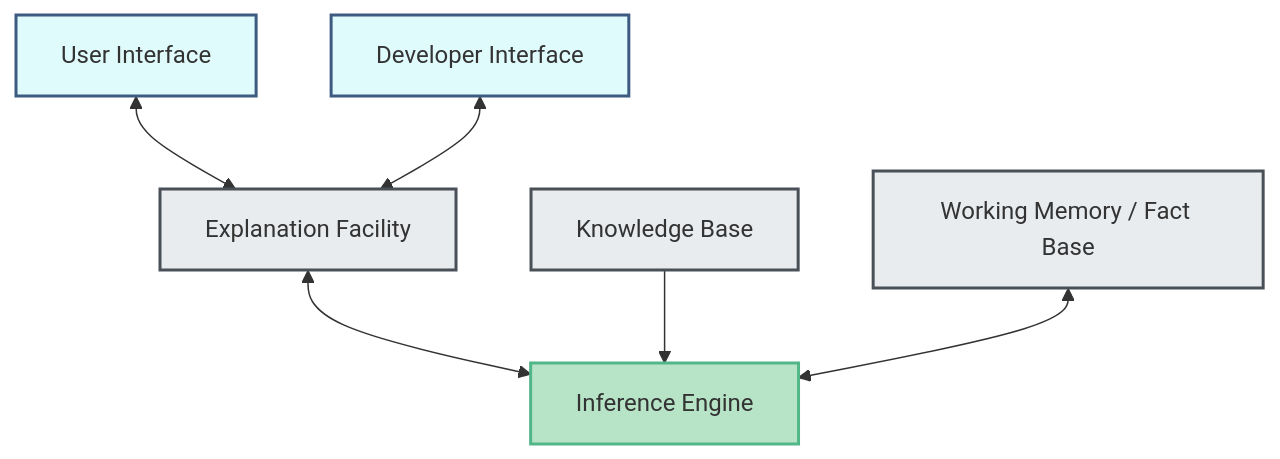
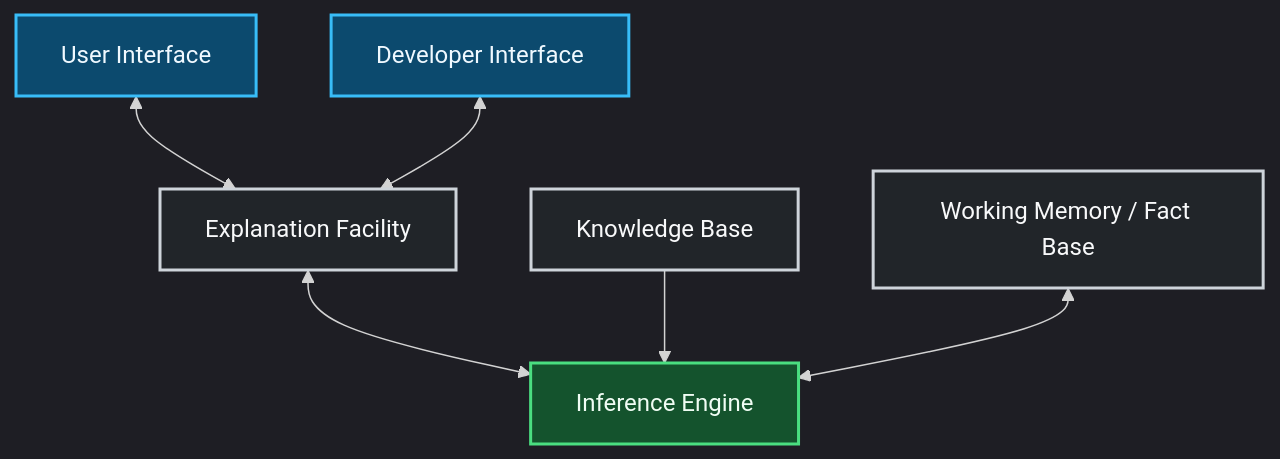
The first of 2 diagrams in AI-ML/Lec 03 - Expert Systems and Ontologies (Simplified).md (dulithdivisekara/SLIIT-Y2S1-vault), drawn with Mermaid before and after one commit. The commit also changed other lines of this file, not shown here.

Commit message:
Refactor expert system architecture and ontology sections

````diff
--- a/AI-ML/Lec 03 - Expert Systems and Ontologies (Simplified).md
+++ b/AI-ML/Lec 03 - Expert Systems and Ontologies (Simplified).md
@@ -53,12 +53,14 @@
 ```mermaid
+%%{init: {'theme': 'dark'}}%%
 graph TD
-    classDef core fill:#e9ecef,stroke:#495057,stroke-width:2px;
-    classDef logic fill:#b7e4c7,stroke:#52b788,stroke-width:2px;
-    classDef io fill:#e0fbfc,stroke:#3d5a80,stroke-width:2px;
+    classDef core fill:#212529,stroke:#ced4da,stroke-width:2px,color:#f8f9fa;
+    classDef logic fill:#14532d,stroke:#4ade80,stroke-width:2px,color:#f0fdf4;
+    classDef io fill:#0c4a6e,stroke:#38bdf8,stroke-width:2px,color:#f0f9ff;
 
     UI[User Interface]:::io <--> EF[Explanation Facility]:::core
     EF <--> IE[Inference Engine]:::logic
     KB[Knowledge Base]:::core --> IE
     DB[Working Memory / Fact Base]:::core <--> IE
     DI[Developer Interface]:::io <--> EF
+
 ```
````
